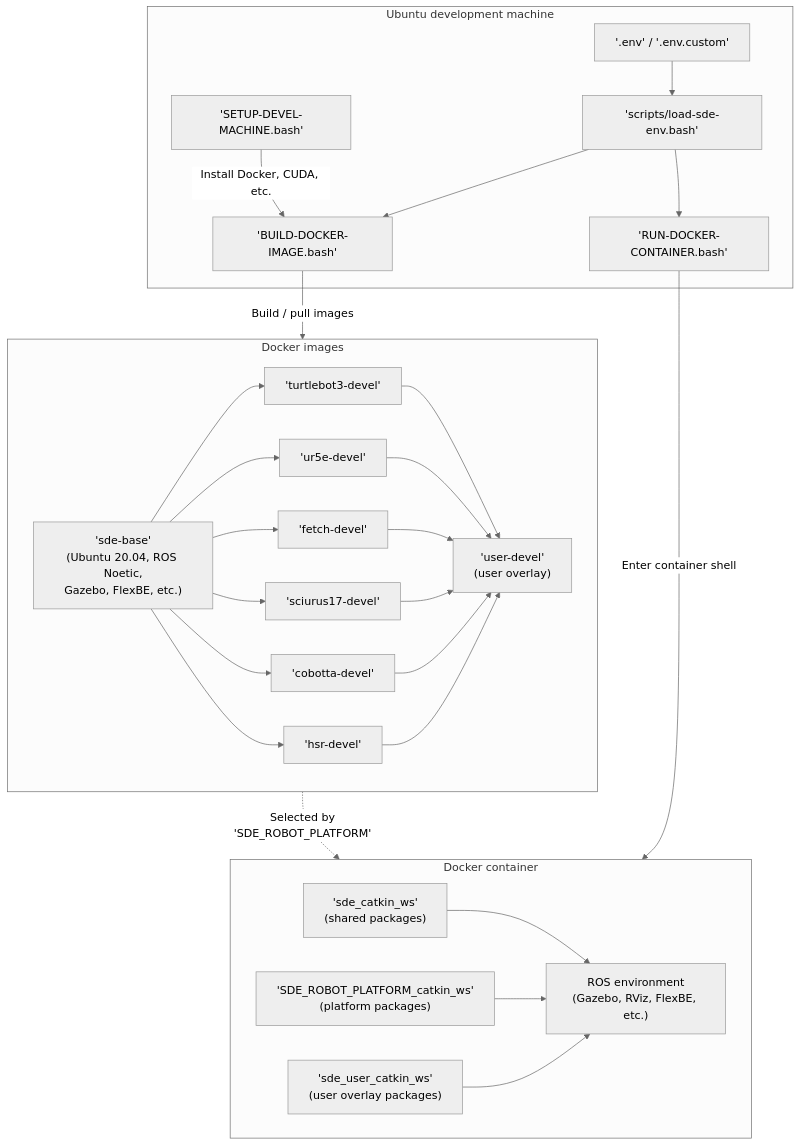
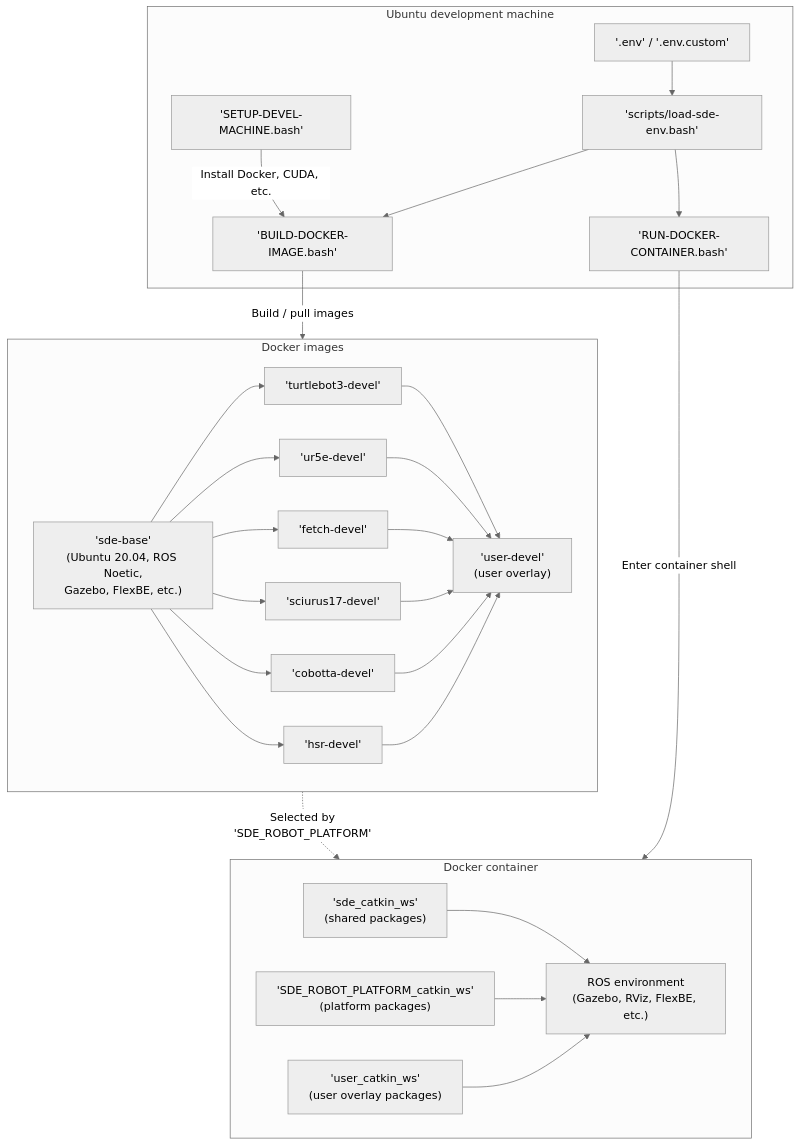
Before and after one commit to openrosde/openrosde: the diagram in README.md, drawn with Mermaid. The commit also changed other lines of this file and 35 other files, not shown here.

Commit message:
refactor: update user overlay structure and configurations

````diff
--- a/README.md
+++ b/README.md
@@ -46,55 +46,55 @@
 ```mermaid
 ---
 config:
   theme: neutral
 ---
 flowchart TD
     subgraph host["Ubuntu development machine"]
         env["'.env' / '.env.custom'"]
         loader["'scripts/load-sde-env.bash'"]
         setup["'SETUP-DEVEL-MACHINE.bash'"]
         build["'BUILD-DOCKER-IMAGE.bash'"]
         run["'RUN-DOCKER-CONTAINER.bash'"]
         env --> loader
         setup -->|"Install Docker, CUDA, etc."| build
         loader --> build
         loader --> run
     end
 
     subgraph images["Docker images"]
         base["'sde-base'<br/>(Ubuntu 20.04, ROS Noetic,<br/>Gazebo, FlexBE, etc.)"]
         turtlebot3["'turtlebot3-devel'"]
         ur5e["'ur5e-devel'"]
         base --> turtlebot3
         base --> ur5e
         fetch["'fetch-devel'"]
         base --> fetch
         sciurus17["'sciurus17-devel'"]
         base --> sciurus17
         cobotta["'cobotta-devel'"]
         base --> cobotta
         hsr["'hsr-devel'"]
         base --> hsr
         user["'user-devel'<br/>(user overlay)"]
         turtlebot3 --> user
         ur5e --> user
         fetch --> user
         sciurus17 --> user
         cobotta --> user
         hsr --> user
     end
 
     subgraph container["Docker container"]
         shared["'sde_catkin_ws'<br/>(shared packages)"]
         platws["'SDE_ROBOT_PLATFORM_catkin_ws'<br/>(platform packages)"]
-        userws["'sde_user_catkin_ws'<br/>(user overlay packages)"]
+        userws["'user_catkin_ws'<br/>(user overlay packages)"]
         rosenv["ROS environment<br/>(Gazebo, RViz, FlexBE, etc.)"]
         shared --> rosenv
         platws --> rosenv
         userws --> rosenv
     end
 
     build -->|"Build / pull images"| images
     images -.->|"Selected by<br/>'SDE_ROBOT_PLATFORM'"| container
     run -->|"Enter container shell"| container
 ```
````
